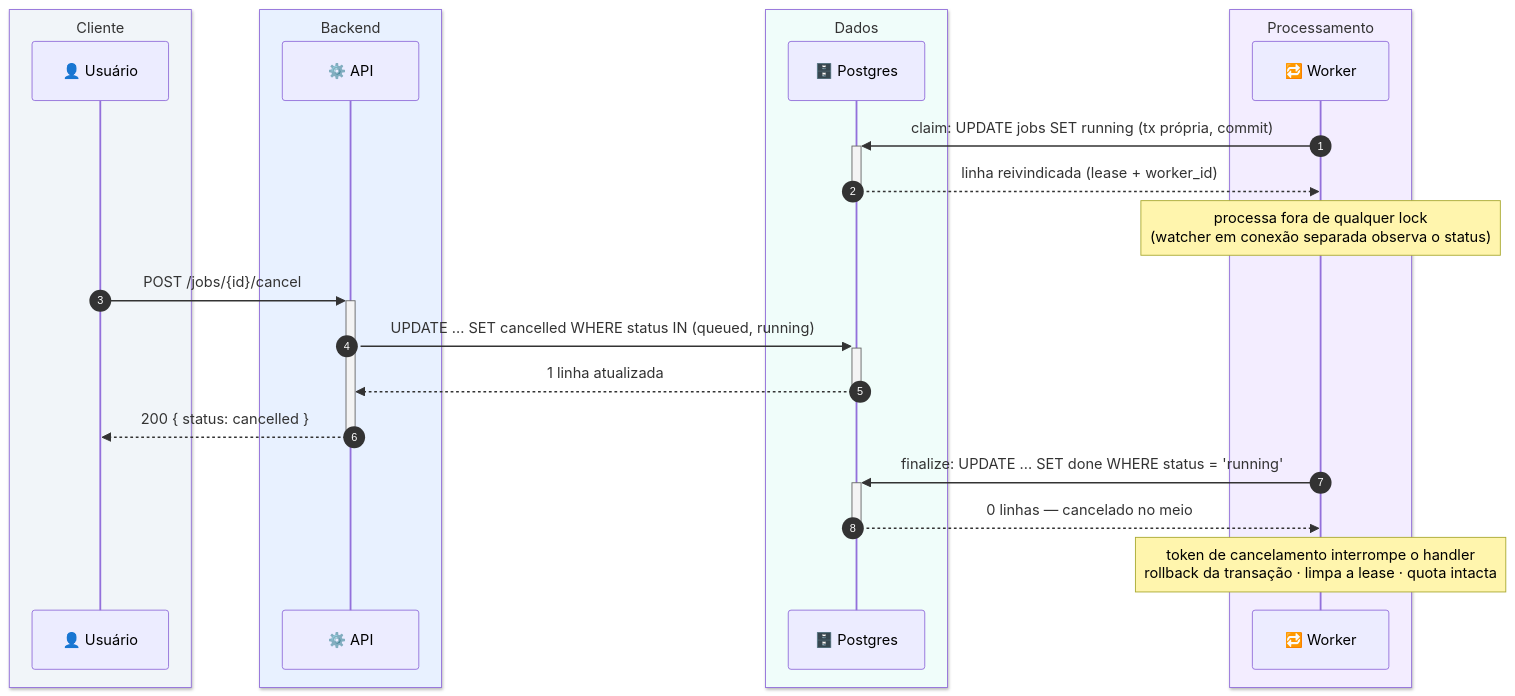
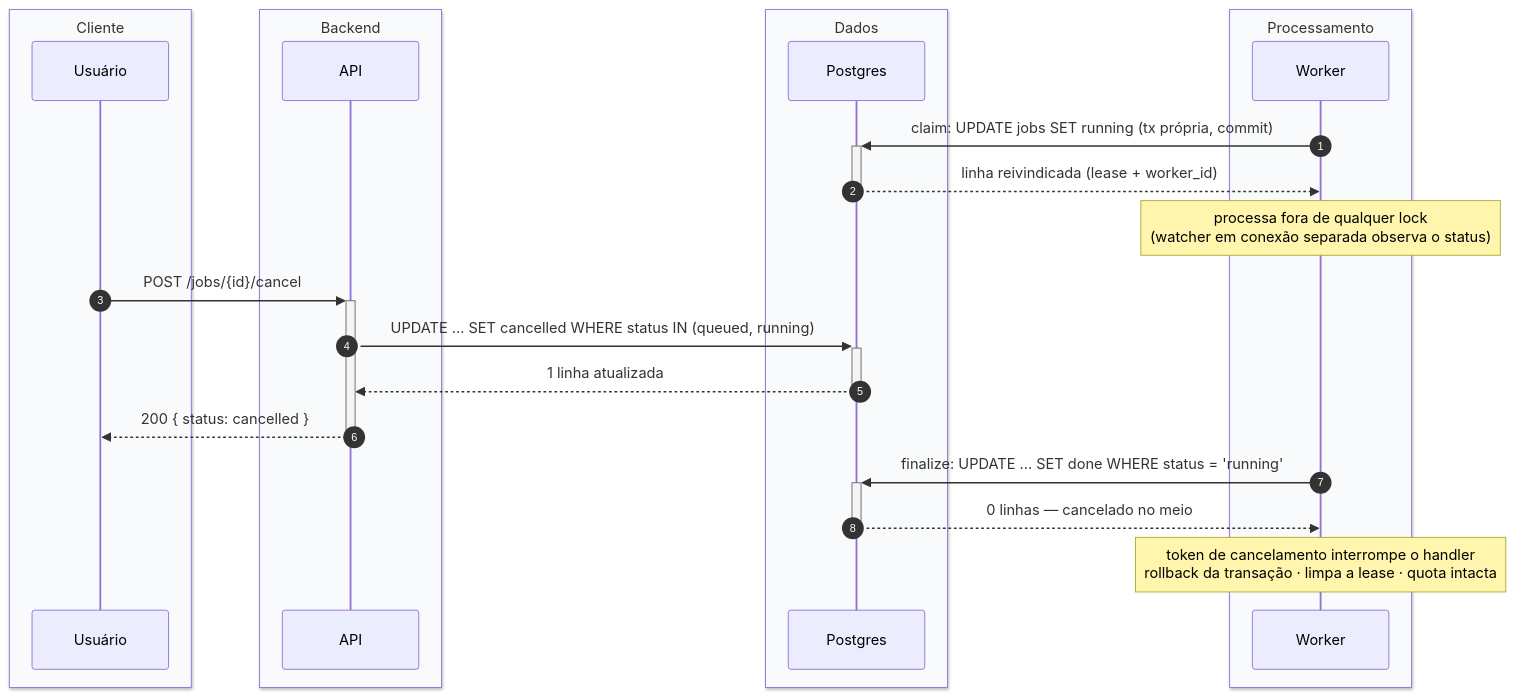
Before and after one commit to vinnedev/case-fullstack-senior: the third of 4 diagrams in docs/README.md, drawn with Mermaid. The commit also changed other lines of this file and 6 other files, not shown here.

Commit message:
refactor(docs): update diagrams and improve readability in documentation

````diff
--- a/docs/README.md
+++ b/docs/README.md
@@ -104,27 +104,27 @@
 ```mermaid
 sequenceDiagram
     autonumber
-    box rgb(241, 245, 249) Cliente
-        participant U as 👤 Usuário
+    box rgb(248, 250, 252) Cliente
+        participant U as Usuário
     end
-    box rgb(232, 241, 255) Backend
-        participant A as ⚙️ API
+    box rgb(248, 250, 252) Backend
+        participant A as API
     end
-    box rgb(240, 253, 250) Dados
-        participant P as 🗄️ Postgres
+    box rgb(248, 250, 252) Dados
+        participant P as Postgres
     end
-    box rgb(243, 237, 255) Processamento
-        participant K as 🔁 Worker
+    box rgb(248, 250, 252) Processamento
+        participant K as Worker
     end
 
     K->>+P: claim: UPDATE jobs SET running (tx própria, commit)
     P-->>-K: linha reivindicada (lease + worker_id)
     Note over K: processa fora de qualquer lock<br/>(watcher em conexão separada observa o status)
     U->>+A: POST /jobs/{id}/cancel
     A->>+P: UPDATE ... SET cancelled WHERE status IN (queued, running)
     P-->>-A: 1 linha atualizada
     A-->>-U: 200 { status: cancelled }
     K->>+P: finalize: UPDATE ... SET done WHERE status = 'running'
     P-->>-K: 0 linhas — cancelado no meio
     Note over K: token de cancelamento interrompe o handler<br/>rollback da transação · limpa a lease · quota intacta
 ```
````
